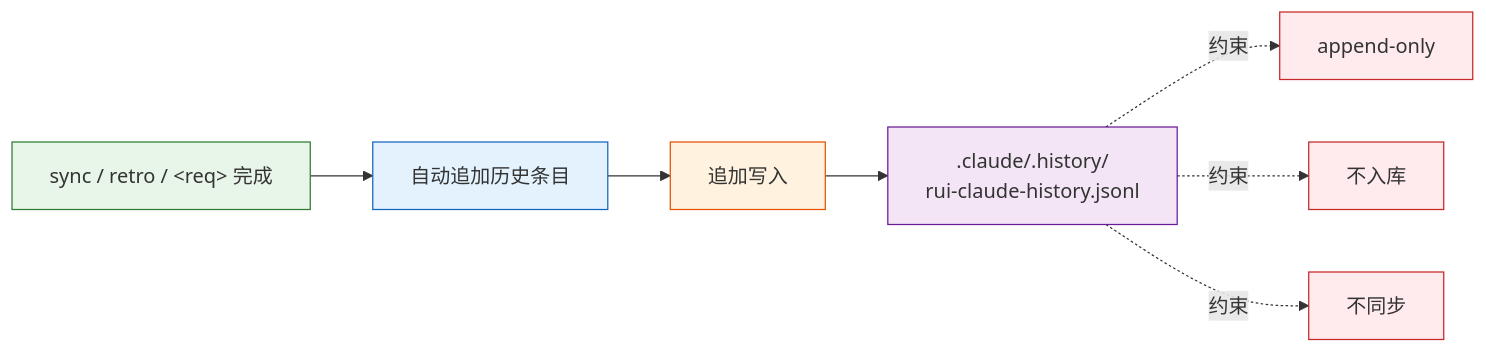
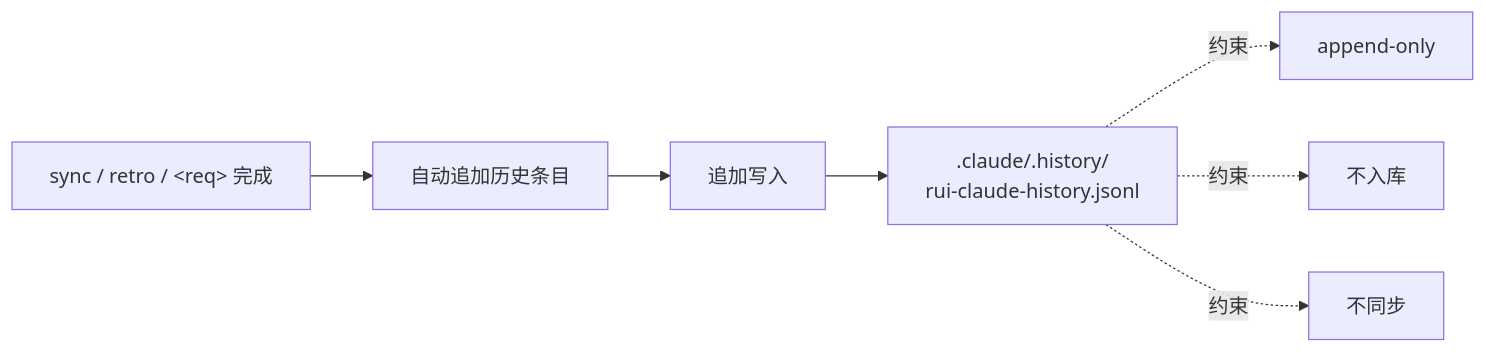
One commit to effiy/YrY changed the sixth of 8 diagrams in skills/rui-claude/SKILL.md. Above: the diagram before and after it, drawn with Mermaid. The commit also changed other lines of this file and 61 other files, not shown here.

````diff
--- a/skills/rui-claude/SKILL.md
+++ b/skills/rui-claude/SKILL.md
@@ -119,16 +129,11 @@
 ```mermaid
 flowchart LR
     CMD["sync / retro / &lt;req&gt; 完成"]:::src --> AUTO["自动追加历史条目"]:::op
     AUTO --> APPEND["追加写入"]:::store
     APPEND --> FILE[".claude/.history/<br/>rui-claude-history.jsonl"]:::file
 
     FILE -.->|"约束"| C1["append-only"]:::rule
     FILE -.->|"约束"| C2["不入库"]:::rule
     FILE -.->|"约束"| C3["不同步"]:::rule
 
-    classDef src fill:#e8f5e9,stroke:#2e7d32;
-    classDef op fill:#e3f2fd,stroke:#1565c0;
-    classDef store fill:#fff3e0,stroke:#e65100;
-    classDef file fill:#f3e5f5,stroke:#6a1b9a;
-    classDef rule fill:#ffebee,stroke:#c62828;
 ```
````
